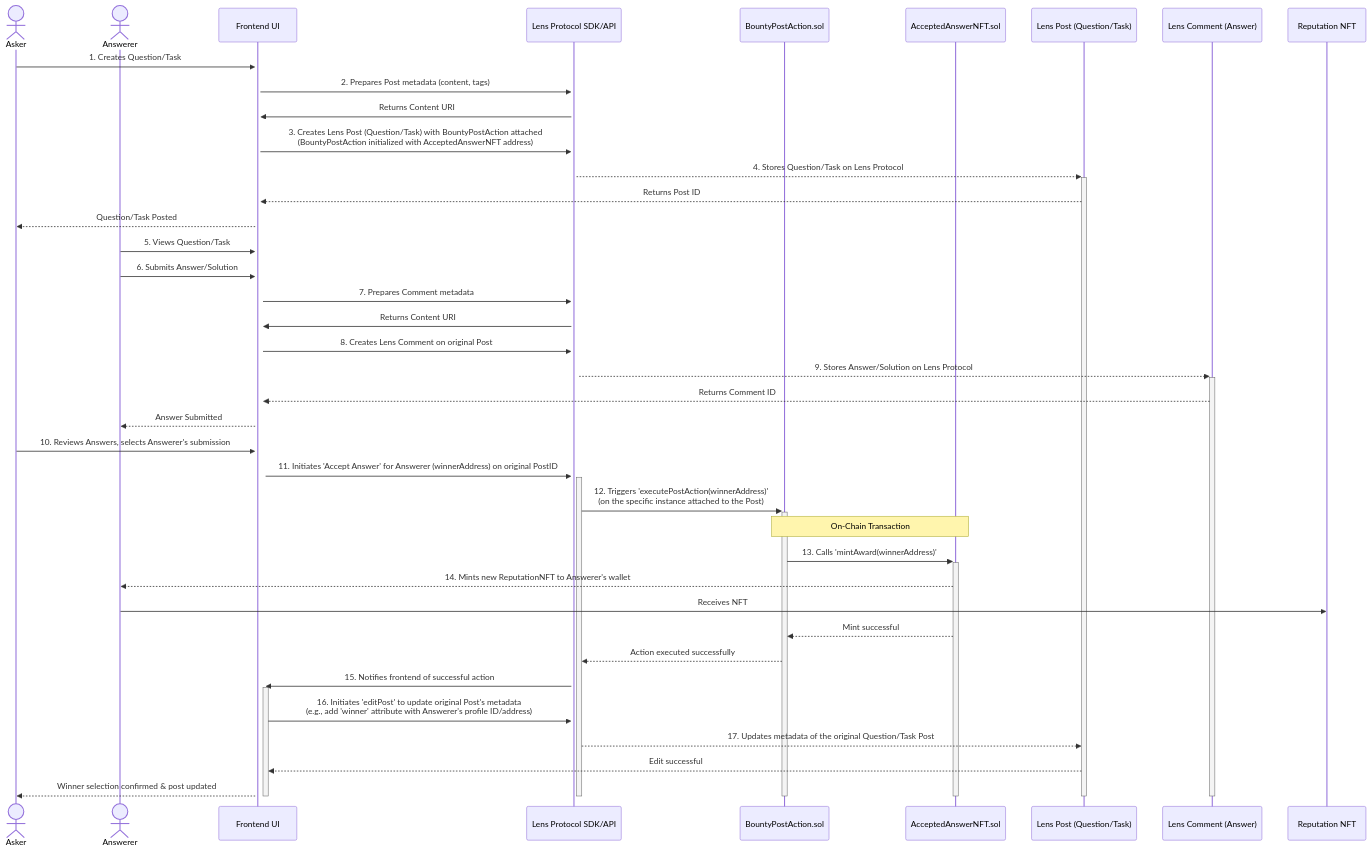
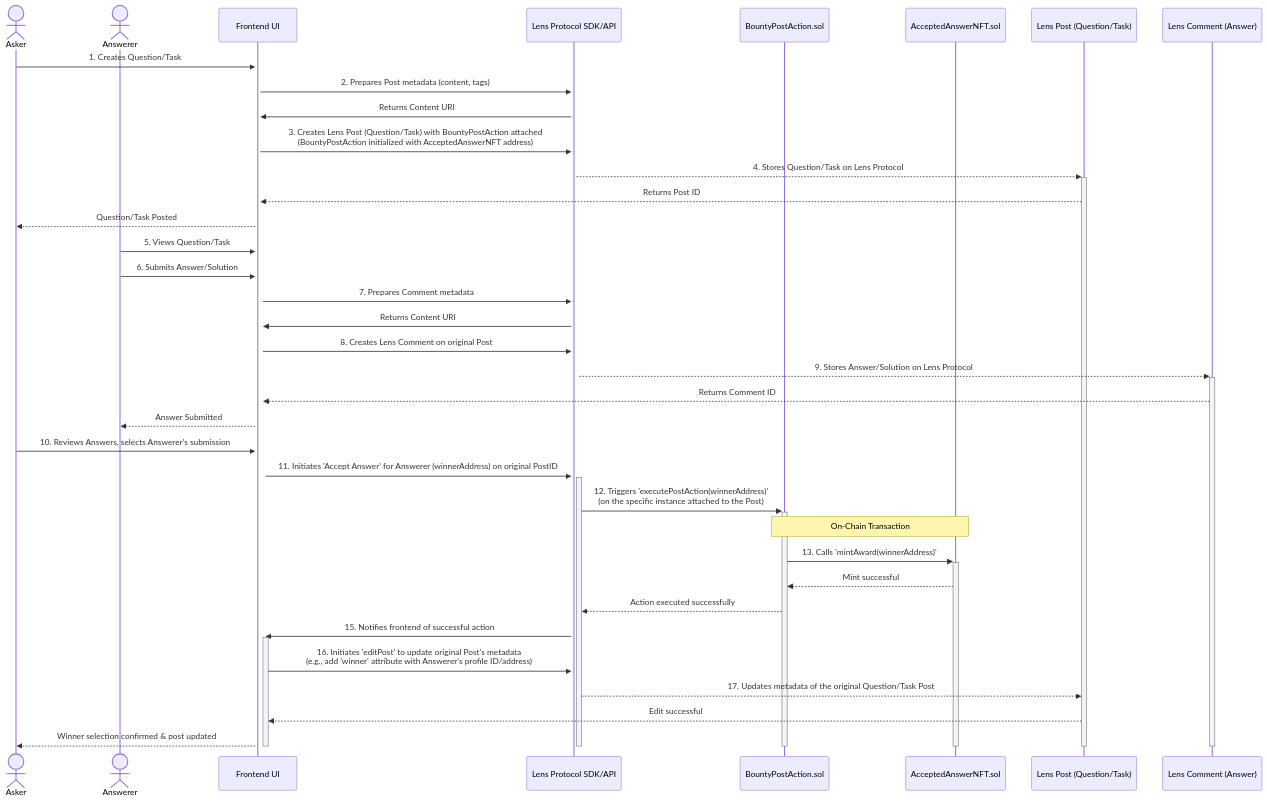
The diagram in README.md (LensTask/lensTask), drawn with Mermaid before and after one commit.

````diff
--- a/README.md
+++ b/README.md
@@ -192,56 +192,53 @@
 ```mermaid
 sequenceDiagram
     actor Asker
     actor Answerer
     participant FrontendUI as Frontend UI
     participant LensSDK as Lens Protocol SDK/API
     participant BountyPostAction as BountyPostAction.sol
     participant AcceptedAnswerNFT as AcceptedAnswerNFT.sol
     participant LensPost as Lens Post (Question/Task)
     participant LensComment as Lens Comment (Answer)
-    participant ReputationNFT as Reputation NFT
     
     %% --- Phase 1: Posting the Question/Task ---
     Asker->>+FrontendUI: 1. Creates Question/Task
     FrontendUI->>+LensSDK: 2. Prepares Post metadata (content, tags)
     LensSDK->>FrontendUI: Returns Content URI
     FrontendUI->>LensSDK: 3. Creates Lens Post (Question/Task) with BountyPostAction attached <br>(BountyPostAction initialized with AcceptedAnswerNFT address)
     LensSDK-->>+LensPost: 4. Stores Question/Task on Lens Protocol
     LensPost-->>FrontendUI: Returns Post ID
     FrontendUI-->>Asker: Question/Task Posted
     
     %% --- Phase 2: Answering the Question/Task ---
     Answerer->>+FrontendUI: 5. Views Question/Task
     Answerer->>FrontendUI: 6. Submits Answer/Solution
     FrontendUI->>+LensSDK: 7. Prepares Comment metadata
     LensSDK->>FrontendUI: Returns Content URI
     FrontendUI->>LensSDK: 8. Creates Lens Comment on original Post
     LensSDK-->>+LensComment: 9. Stores Answer/Solution on Lens Protocol
     LensComment-->>FrontendUI: Returns Comment ID
     FrontendUI-->>Answerer: Answer Submitted
     
     %% --- Phase 3: Accepting the Answer & Awarding NFT ---
     Asker->>+FrontendUI: 10. Reviews Answers, selects Answerer's submission
     FrontendUI->>+LensSDK: 11. Initiates 'Accept Answer' for Answerer (winnerAddress) on original PostID
     LensSDK->>+BountyPostAction: 12. Triggers 'executePostAction(winnerAddress)' <br> (on the specific instance attached to the Post)
     Note over BountyPostAction, AcceptedAnswerNFT: On-Chain Transaction
     BountyPostAction->>+AcceptedAnswerNFT: 13. Calls 'mintAward(winnerAddress)'
-    AcceptedAnswerNFT-->>Answerer: 14. Mints new ReputationNFT to Answerer's wallet
-    Answerer->>ReputationNFT: Receives NFT
     AcceptedAnswerNFT-->>BountyPostAction: Mint successful
     BountyPostAction-->>LensSDK: Action executed successfully
     
     %% --- Phase 4: Updating Post Metadata (Optional but good practice) ---
     LensSDK->>+FrontendUI: 15. Notifies frontend of successful action
     FrontendUI->>LensSDK: 16. Initiates 'editPost' to update original Post's metadata <br> (e.g., add 'winner' attribute with Answerer's profile ID/address)
     LensSDK-->>LensPost: 17. Updates metadata of the original Question/Task Post
     LensPost-->>FrontendUI: Edit successful
     FrontendUI-->>Asker: Winner selection confirmed & post updated
     
     deactivate LensSDK
     deactivate FrontendUI
     deactivate BountyPostAction
     deactivate AcceptedAnswerNFT
     deactivate LensPost
     deactivate LensComment
 ```
````
